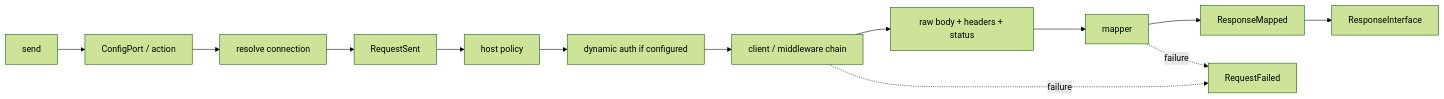
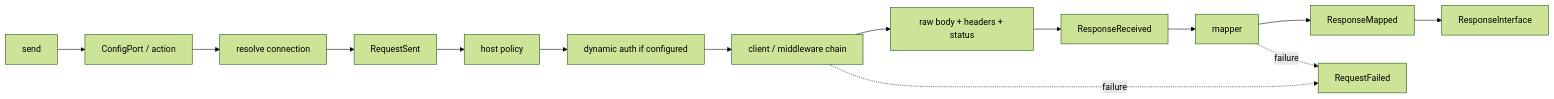
The third of 5 diagrams in docs/advanced/architecture/class-graph.md (CarlosGude/integrationEngine), drawn with Mermaid (forest theme) before and after one commit. The commit also changed 15 other files, not shown here.

First line of the commit message:
feat: add ResponseReceived lifecycle event before mapping (#21)

````diff
--- a/docs/advanced/architecture/class-graph.md
+++ b/docs/advanced/architecture/class-graph.md
@@ -68,15 +68,16 @@
 ```mermaid
 flowchart LR
     A[send] --> B[ConfigPort / action]
     B --> C[resolve connection]
     C --> D[RequestSent]
     D --> E[host policy]
     E --> F[dynamic auth if configured]
     F --> G[client / middleware chain]
     G --> H[raw body + headers + status]
-    H --> I[mapper]
+    H --> R[ResponseReceived]
+    R --> I[mapper]
     I --> J[ResponseMapped]
     J --> K[ResponseInterface]
     G -. failure .-> L[RequestFailed]
     I -. failure .-> L
 ```
````
